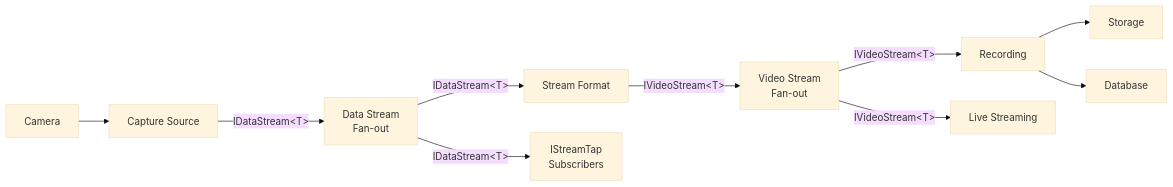
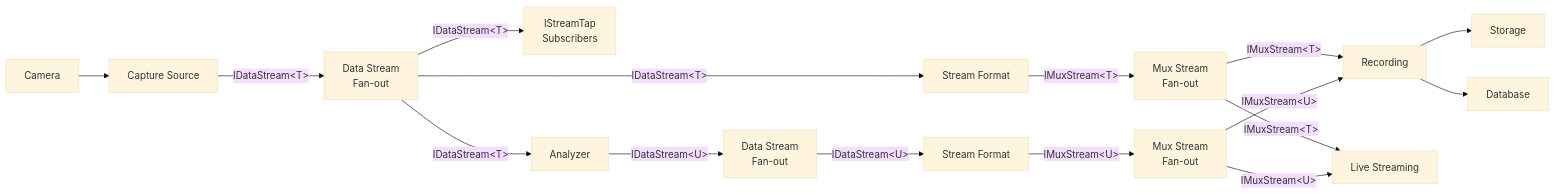
The second of 3 diagrams in docs/architecture.md (SytheZN/simple-vms), drawn with Mermaid (base theme) before and after one commit. The commit also changed other lines of this file and 7 other files, not shown here.

First line of the commit message:
docs: revise architecture for derived streams and plugin-scoped config

````diff
--- a/docs/architecture.md
+++ b/docs/architecture.md
@@ -81,12 +81,18 @@
 ```mermaid
 graph LR
     cam["Camera"] --> capture["Capture Source"]
     capture --> |"IDataStream&lt;T&gt;"| dfan["Data Stream<br/>Fan-out"]
     dfan --> |"IDataStream&lt;T&gt;"| muxer["Stream Format"]
     dfan --> |"IDataStream&lt;T&gt;"| tap["IStreamTap<br/>Subscribers"]
-    muxer --> |"IVideoStream&lt;T&gt;"| vfan["Video Stream<br/>Fan-out"]
-    vfan --> |"IVideoStream&lt;T&gt;"| rec["Recording"]
-    vfan --> |"IVideoStream&lt;T&gt;"| live["Live Streaming"]
+    dfan --> |"IDataStream&lt;T&gt;"| analyzer["Analyzer"]
+    analyzer --> |"IDataStream&lt;U&gt;"| dfan2["Data Stream<br/>Fan-out"]
+    dfan2 --> |"IDataStream&lt;U&gt;"| muxer2["Stream Format"]
+    muxer --> |"IMuxStream&lt;T&gt;"| vfan["Mux Stream<br/>Fan-out"]
+    muxer2 --> |"IMuxStream&lt;U&gt;"| vfan2["Mux Stream<br/>Fan-out"]
+    vfan --> |"IMuxStream&lt;T&gt;"| rec["Recording"]
+    vfan --> |"IMuxStream&lt;T&gt;"| live["Live Streaming"]
+    vfan2 --> |"IMuxStream&lt;U&gt;"| rec
+    vfan2 --> |"IMuxStream&lt;U&gt;"| live
     rec --> storage["Storage"]
     rec --> db["Database"]
 ```
````
